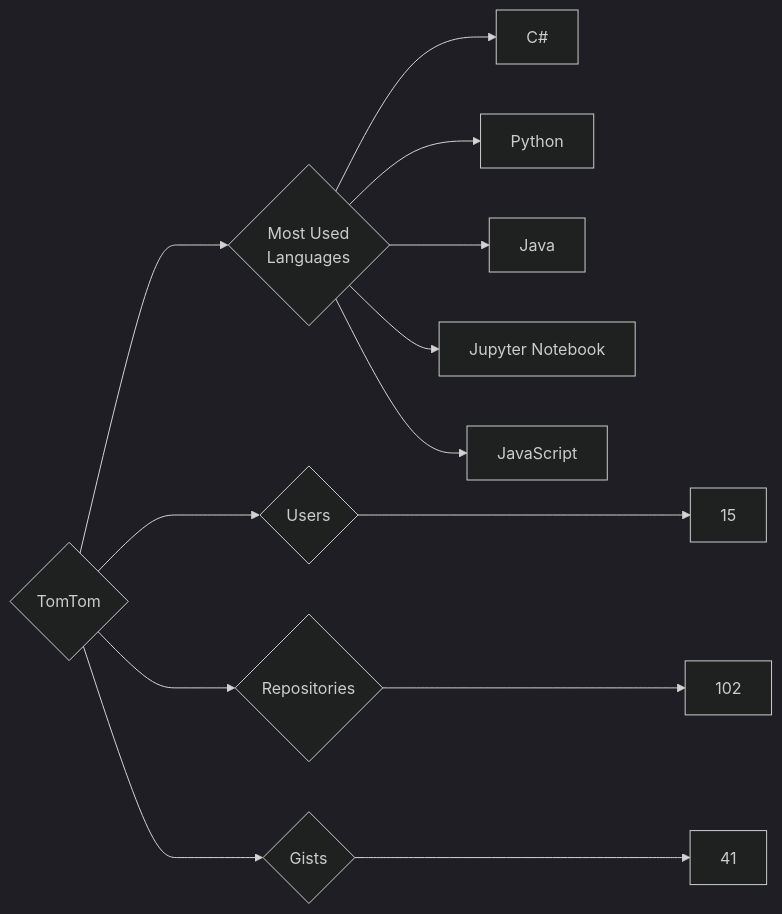
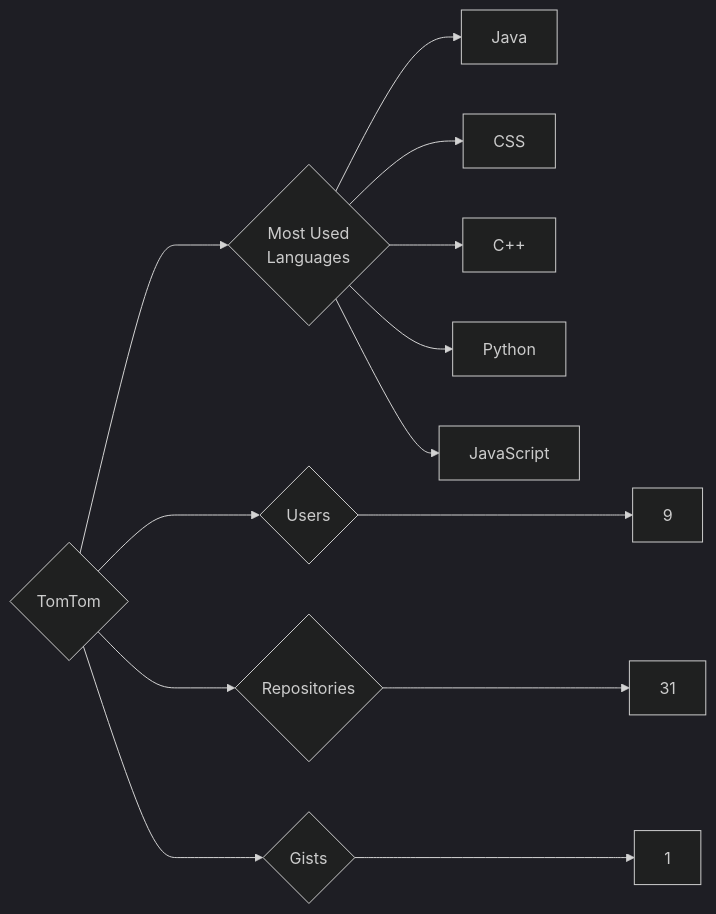
One commit to trickest/insiders changed the diagram in targets/TomTom/README.md. Above: the diagram before and after it, drawn with Mermaid (dark theme). The commit also changed 928 other files, not shown here.

````diff
--- a/targets/TomTom/README.md
+++ b/targets/TomTom/README.md
@@ -3,13 +3,13 @@
 ```mermaid
 graph LR
 COMPANY_NAME{TomTom}
-COMPANY_NAME ---> U{Users} ---> UN[15]
-COMPANY_NAME ---> R{Repositories} ---> RN[102]
-COMPANY_NAME ---> G{Gists} ---> GN[41]
+COMPANY_NAME ---> U{Users} ---> UN[9]
+COMPANY_NAME ---> R{Repositories} ---> RN[31]
+COMPANY_NAME ---> G{Gists} ---> GN[1]
 COMPANY_NAME ---> ML{Most Used<br>Languages}
-ML --> C#[C#]
+ML --> Java[Java]
+ML --> CSS[CSS]
+ML --> C++[C++]
 ML --> Python[Python]
-ML --> Java[Java]
-ML --> Jupyter_Notebook[Jupyter Notebook]
 ML --> JavaScript[JavaScript]
 ```
````
